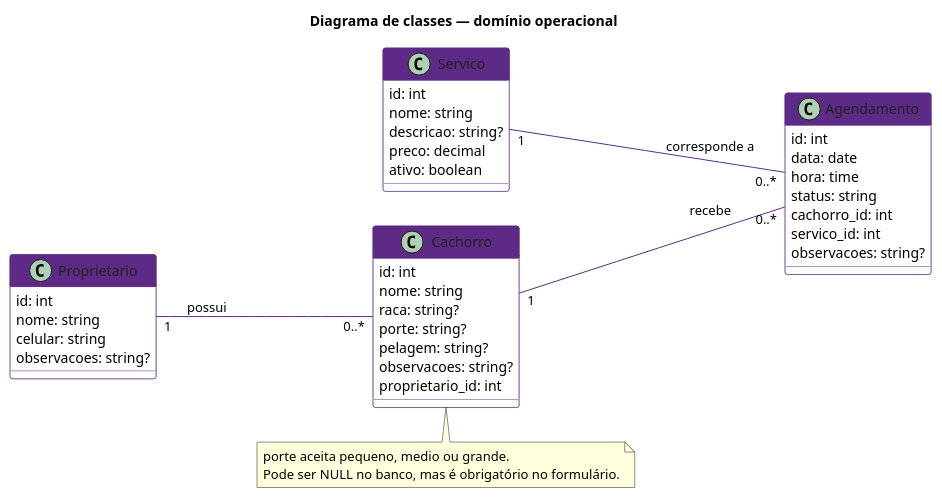
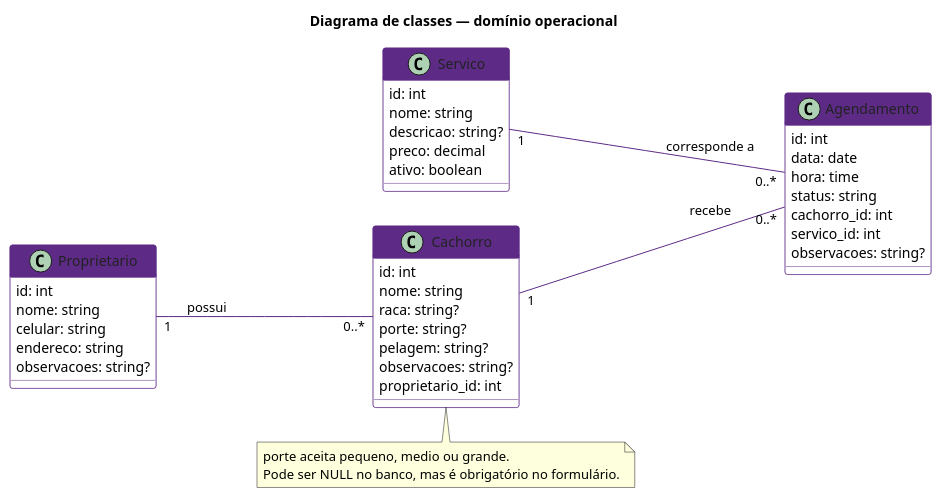
Before and after one commit to 7lipe7/PI_2_semestre: the diagram in docks/diagramas/classes.puml, drawn with PlantUML. The commit also changed 2 other files, not shown here.

Commit message:
feat: adiciona atributo 'endereco' à classe Proprietario nos diagramas

```diff
--- a/docks/diagramas/classes.puml
+++ b/docks/diagramas/classes.puml
@@ -2,60 +2,61 @@
 @startuml
 title Diagrama de classes — domínio operacional
 
 left to right direction
 skinparam shadowing false
 skinparam classAttributeIconSize 0
 skinparam class {
   BackgroundColor white
   BorderColor #5D2B86
   HeaderBackgroundColor #5D2B86
   FontColor #222222
   HeaderFontColor white
 }
 skinparam ArrowColor #5D2B86
 
 class Proprietario {
   id: int
   nome: string
   celular: string
+  endereco: string
   observacoes: string?
 }
 
 class Cachorro {
   id: int
   nome: string
   raca: string?
   porte: string?
   pelagem: string?
   observacoes: string?
   proprietario_id: int
 }
 
 class Servico {
   id: int
   nome: string
   descricao: string?
   preco: decimal
   ativo: boolean
 }
 
 class Agendamento {
   id: int
   data: date
   hora: time
   status: string
   cachorro_id: int
   servico_id: int
   observacoes: string?
 }
 
 Proprietario "1" -- "0..*" Cachorro : possui
 Cachorro "1" -- "0..*" Agendamento : recebe
 Servico "1" -- "0..*" Agendamento : corresponde a
 
 note bottom of Cachorro
   porte aceita pequeno, medio ou grande.
   Pode ser NULL no banco, mas é obrigatório no formulário.
 end note
 
 @enduml
```
